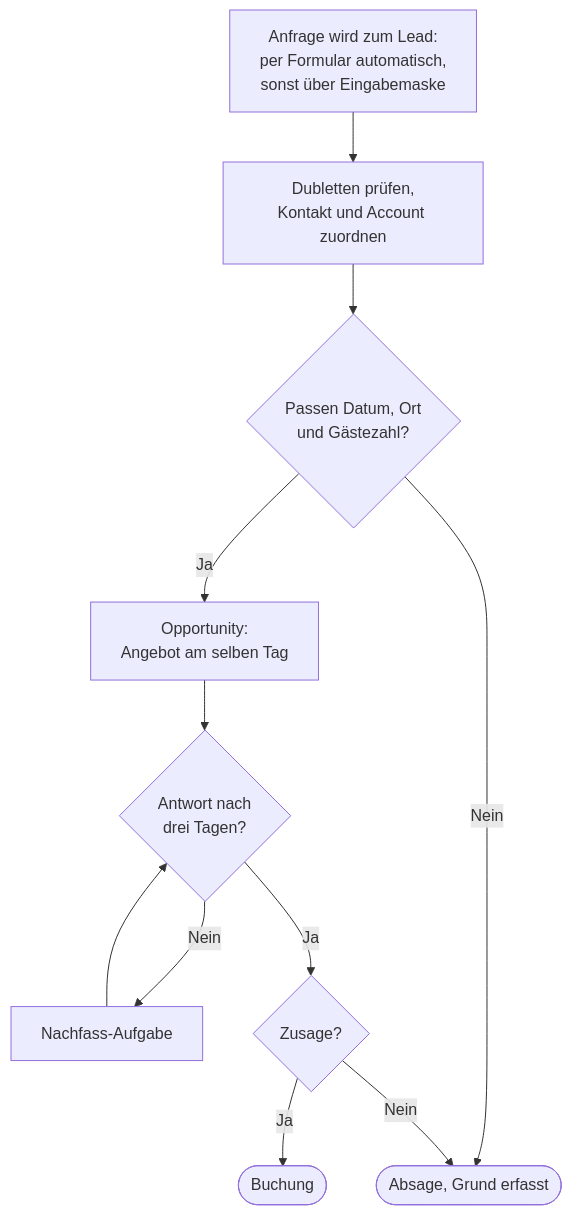
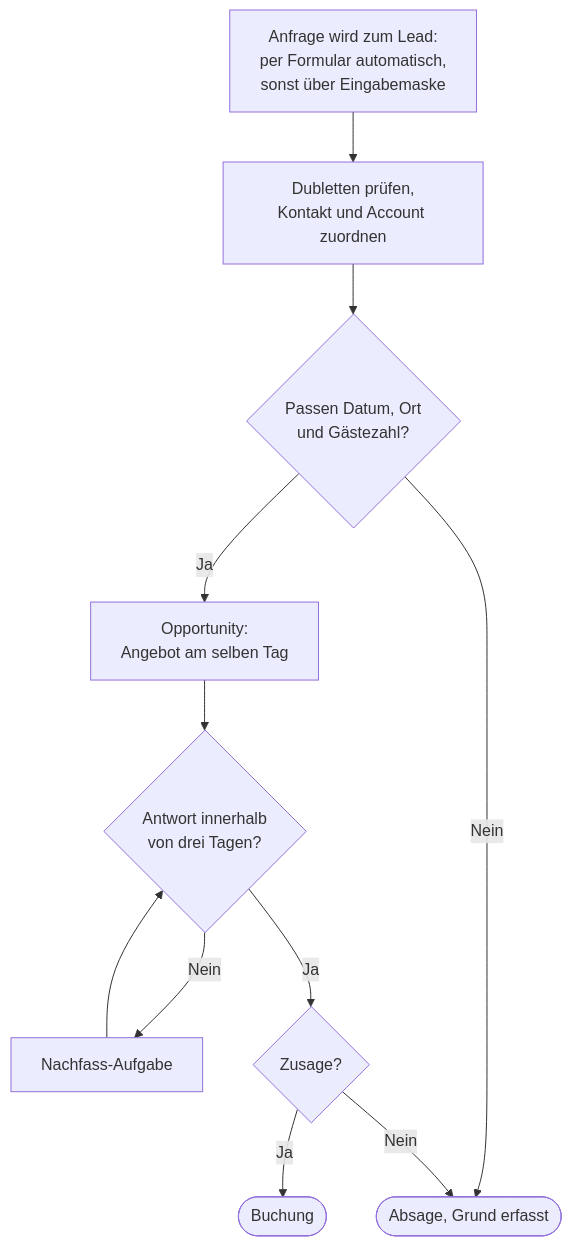
The diagram in diagrams/prozess.mmd (abdallahaneed/crm-fachkonzept), drawn with Mermaid before and after one commit. The commit also changed 8 other files, not shown here.

Commit message:
PDF: Abstände, Diagramme in Markenfarben, Prozesslabel präzisiert

```diff
--- a/diagrams/prozess.mmd
+++ b/diagrams/prozess.mmd
@@ -1,11 +1,11 @@
 flowchart TD
   A[Anfrage wird zum Lead:<br/>per Formular automatisch,<br/>sonst über Eingabemaske] --> C[Dubletten prüfen,<br/>Kontakt und Account zuordnen]
   C --> D{Passen Datum, Ort<br/>und Gästezahl?}
   D -->|Ja| E[Opportunity:<br/>Angebot am selben Tag]
   D -->|Nein| J([Absage, Grund erfasst])
-  E --> G{Antwort nach<br/>drei Tagen?}
+  E --> G{Antwort innerhalb<br/>von drei Tagen?}
   G -->|Nein| H[Nachfass-Aufgabe]
   H --> G
   G -->|Ja| K{Zusage?}
   K -->|Ja| I([Buchung])
   K -->|Nein| J
```
